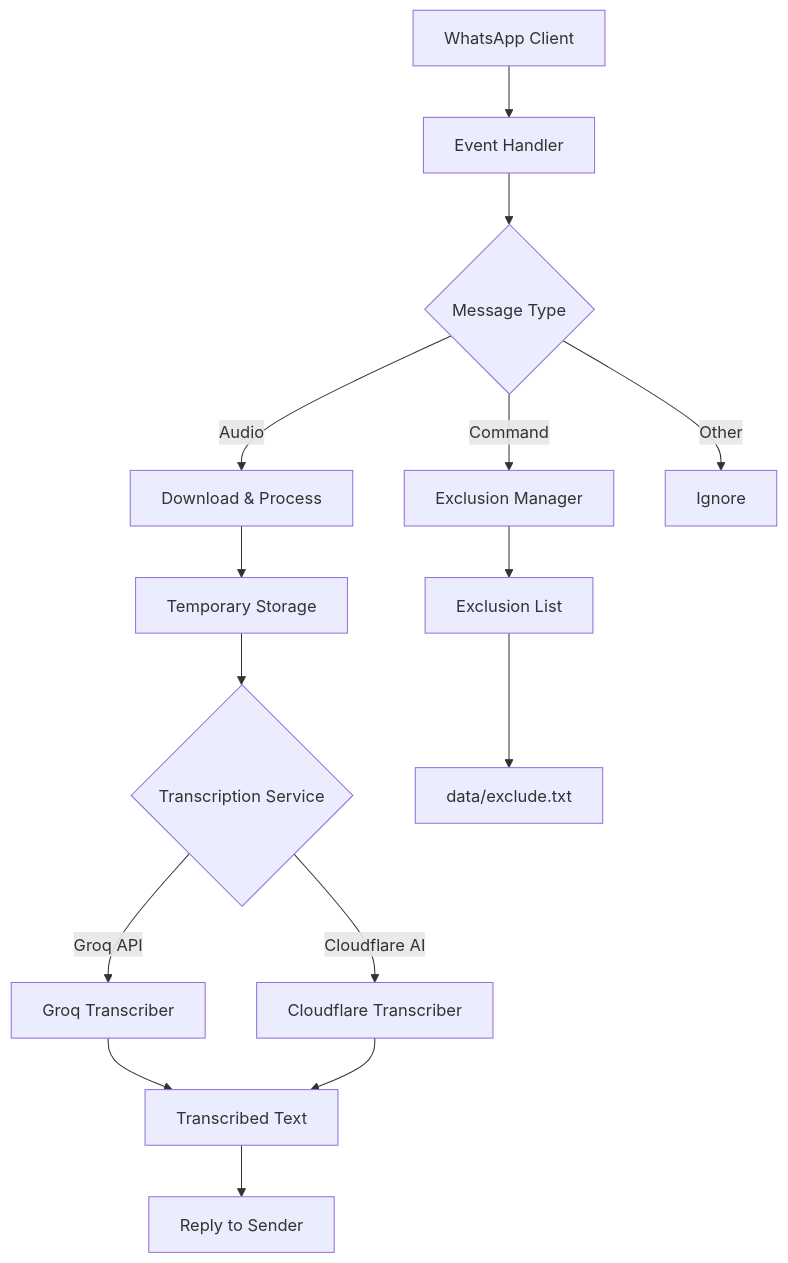
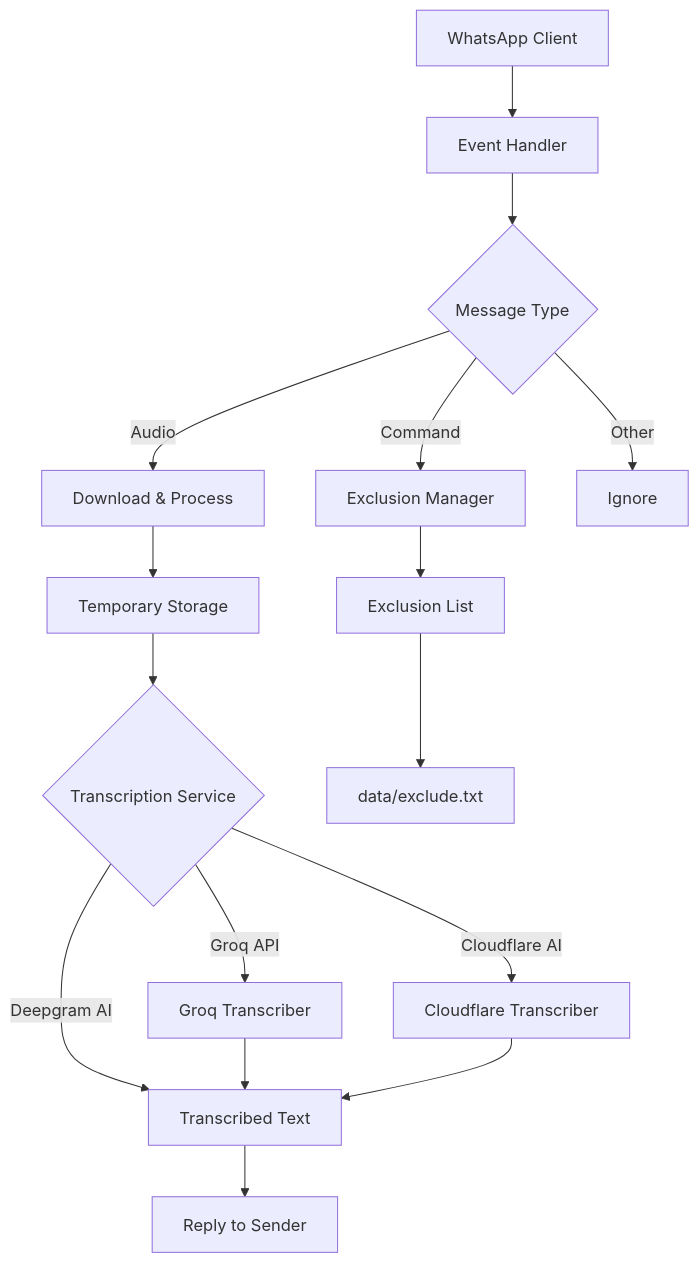
Before and after one commit to gustavokch/whatsapp_transcriber_golang: the diagram in README.md, drawn with Mermaid. The commit also changed other lines of this file, not shown here.

Commit message:
Update README to include Deepgram as a supported transcription service and revise prerequisites and configuration details

````diff
--- a/README.md
+++ b/README.md
@@ -170,20 +184,21 @@
 ```mermaid
 graph TD
     A[WhatsApp Client] --> B[Event Handler]
     B --> C{Message Type}
     C -->|Audio| D[Download & Process]
     C -->|Command| E[Exclusion Manager]
     C -->|Other| F[Ignore]
     
     D --> G[Temporary Storage]
     G --> H{Transcription Service}
     H -->|Groq API| I[Groq Transcriber]
     H -->|Cloudflare AI| J[Cloudflare Transcriber]
+    H -->|Deepgram AI| K[Deepgram Transcriber]
     
     I --> K[Transcribed Text]
     J --> K
     K --> L[Reply to Sender]
     
     E --> M[Exclusion List]
     M --> N[data/exclude.txt]
 ```
````
